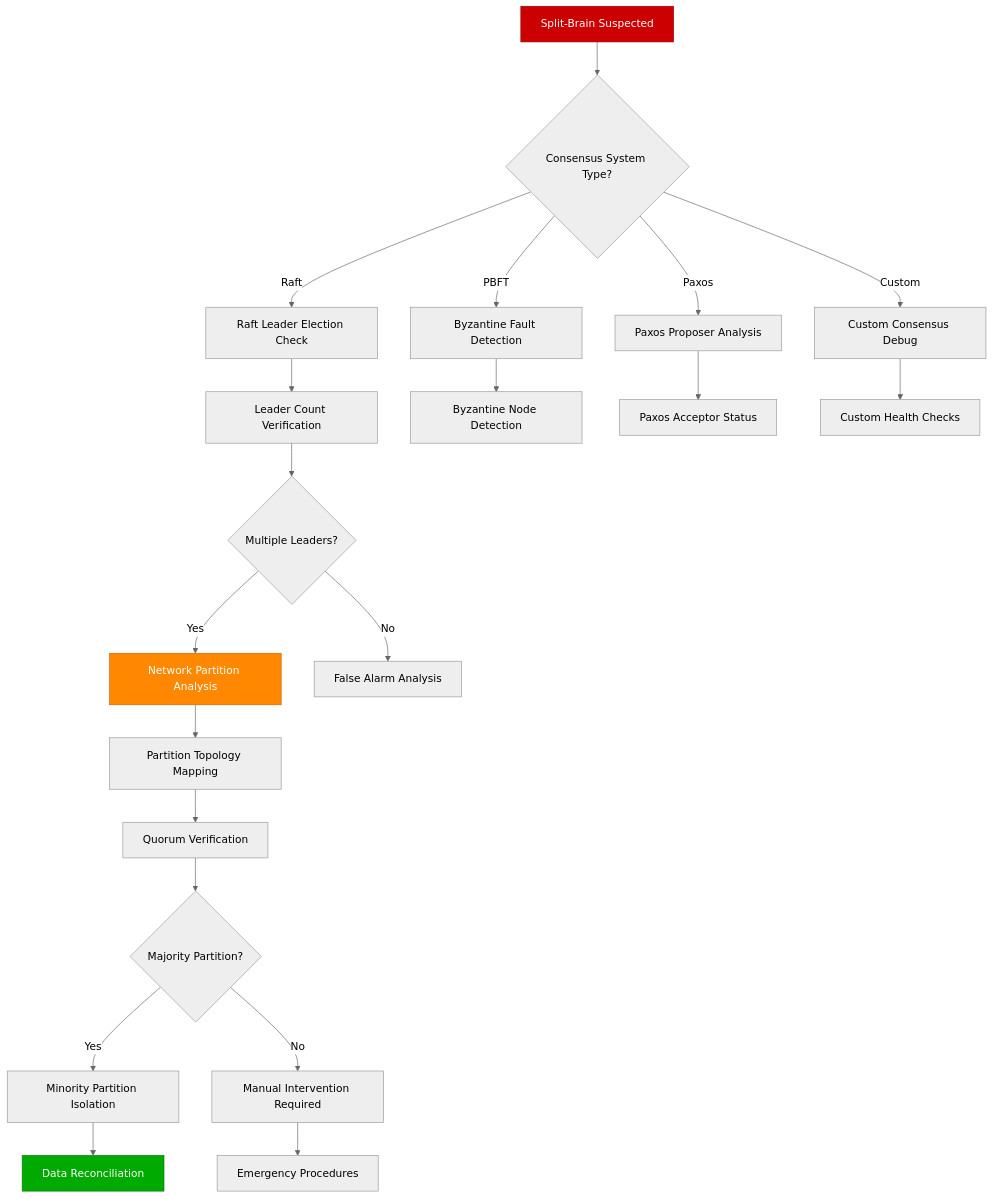
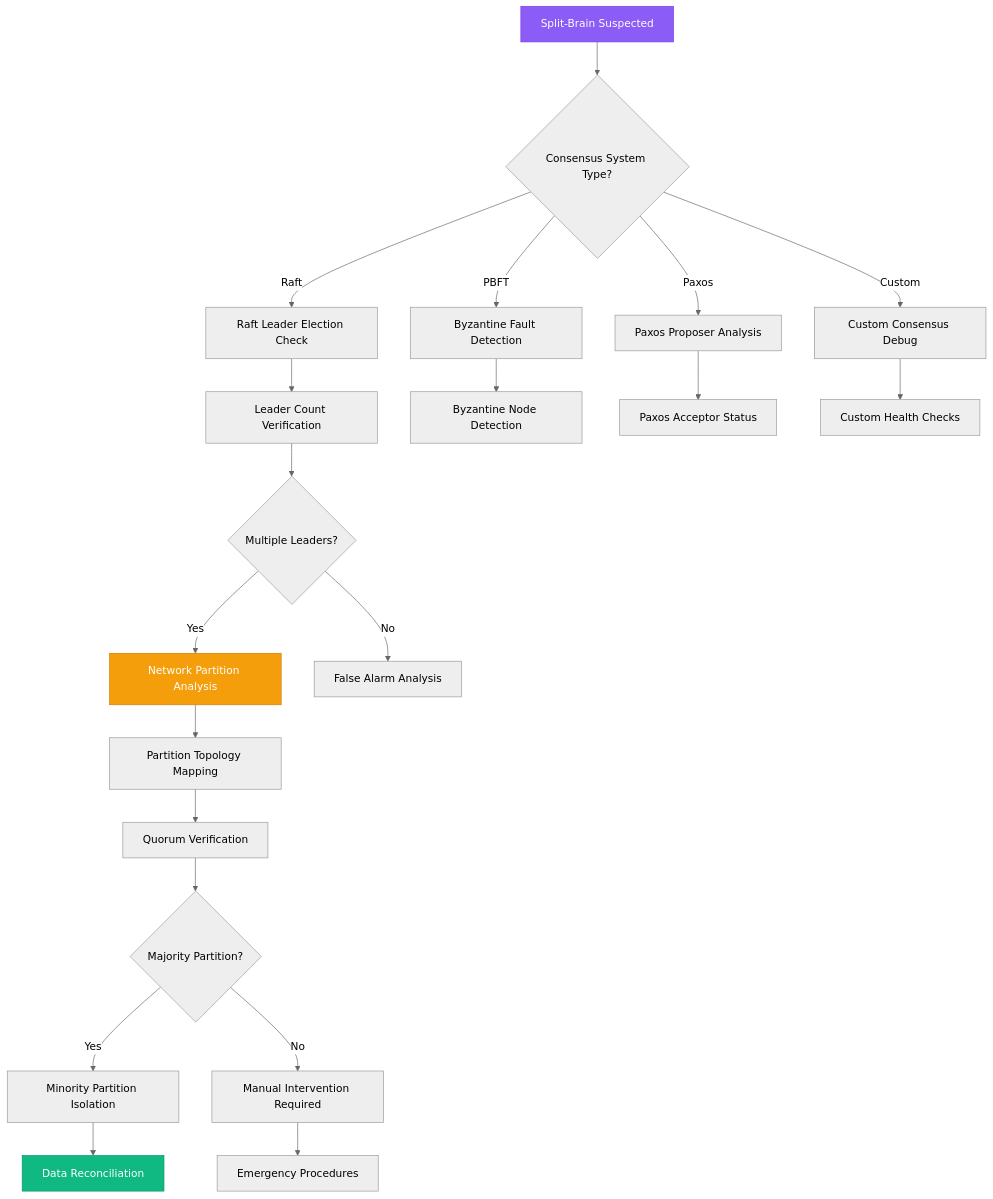
One commit to deepaucksharma/DS changed the diagram in site/docs/debugging/split-brain-recovery.md. Above: the diagram before and after it, drawn with Mermaid (neutral theme). The commit also changed 303 other files, not shown here.

````diff
--- a/site/docs/debugging/split-brain-recovery.md
+++ b/site/docs/debugging/split-brain-recovery.md
@@ -11,32 +11,32 @@
 ```mermaid
 graph TD
     A[Split-Brain Suspected] --> B{Consensus System Type?}
     B -->|Raft| C[Raft Leader Election Check]
     B -->|PBFT| D[Byzantine Fault Detection]
     B -->|Paxos| E[Paxos Proposer Analysis]
     B -->|Custom| F[Custom Consensus Debug]
 
     C --> G[Leader Count Verification]
     G --> H{Multiple Leaders?}
 
     H -->|Yes| I[Network Partition Analysis]
     H -->|No| J[False Alarm Analysis]
 
     I --> K[Partition Topology Mapping]
     K --> L[Quorum Verification]
 
     L --> M{Majority Partition?}
     M -->|Yes| N[Minority Partition Isolation]
     M -->|No| O[Manual Intervention Required]
 
     D --> P[Byzantine Node Detection]
     E --> Q[Paxos Acceptor Status]
     F --> R[Custom Health Checks]
 
     N --> S[Data Reconciliation]
     O --> T[Emergency Procedures]
 
-    style A fill:#CC0000,stroke:#990000,color:#fff
-    style I fill:#FF8800,stroke:#CC6600,color:#fff
-    style S fill:#00AA00,stroke:#007700,color:#fff
+    style A fill:#8B5CF6,stroke:#7C3AED,color:#fff
+    style I fill:#F59E0B,stroke:#D97706,color:#fff
+    style S fill:#10B981,stroke:#059669,color:#fff
 ```
````
